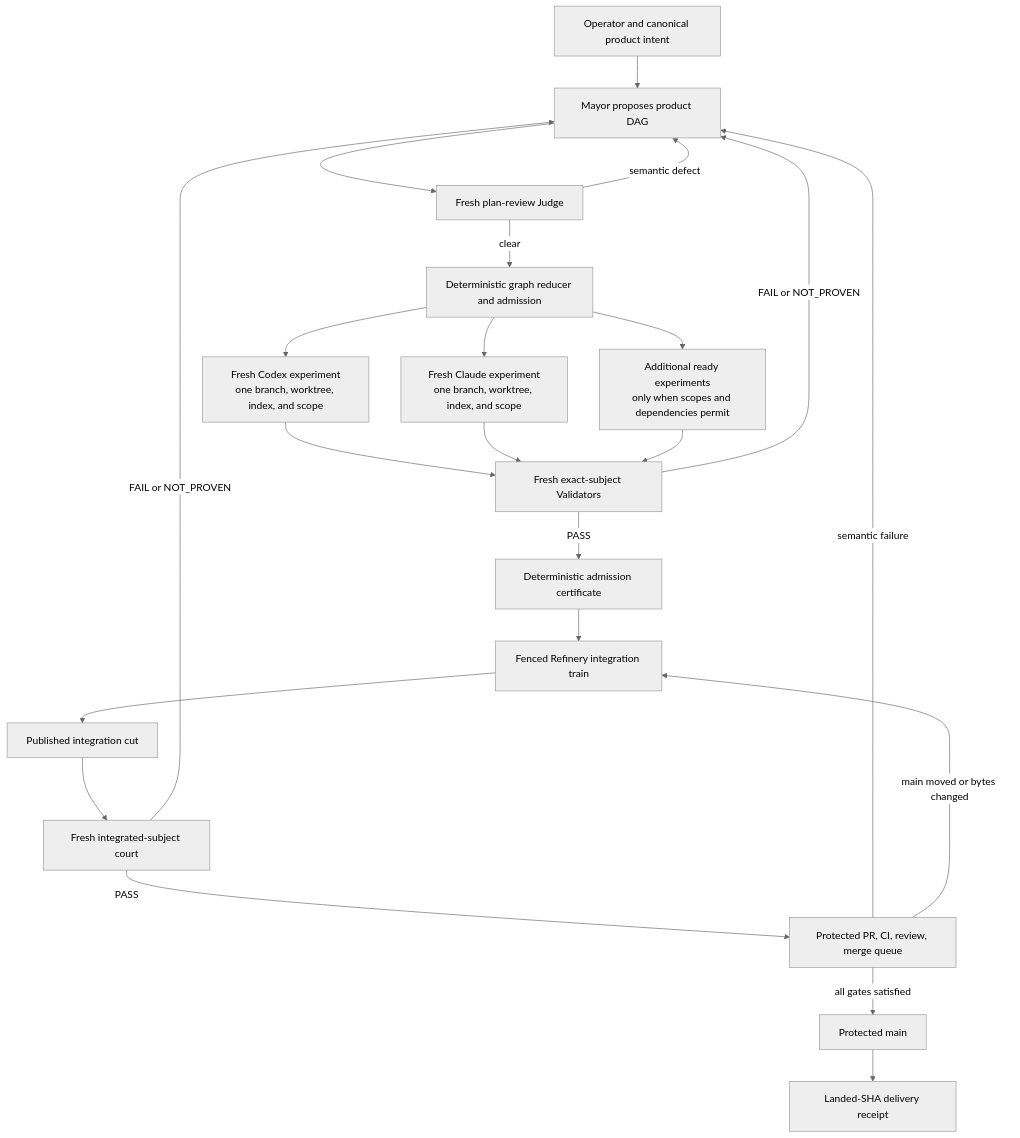
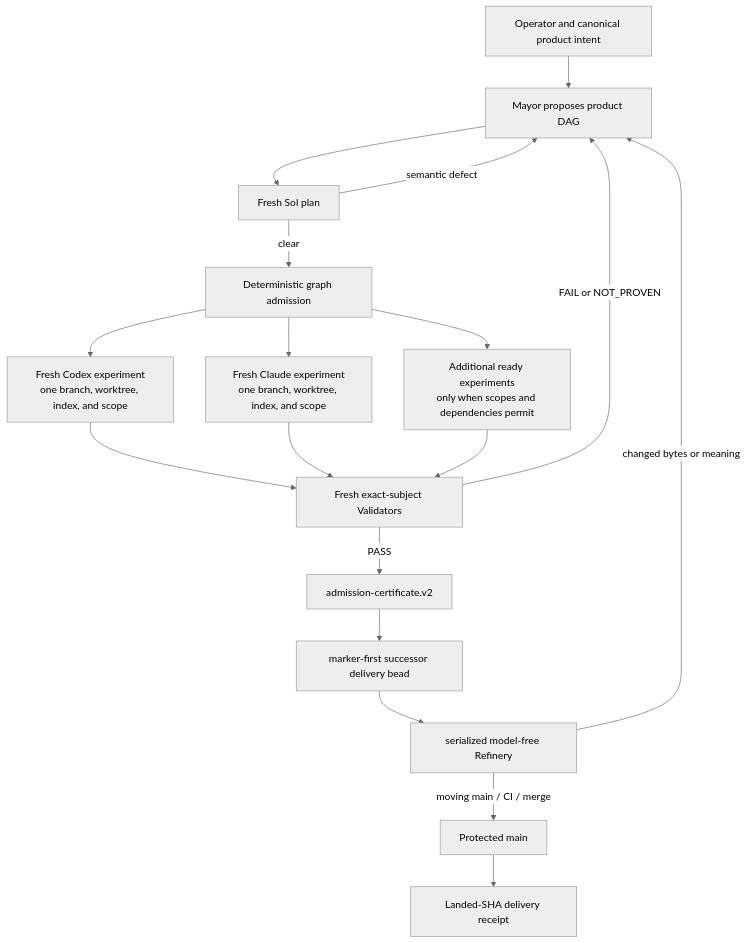
One commit to boshu2/agentops changed the diagram in docs/architecture/gas-city-factory.md. Above: the diagram before and after it, drawn with Mermaid (neutral theme). The commit also changed other lines of this file and 20 other files, not shown here.

````diff
--- a/docs/architecture/gas-city-factory.md
+++ b/docs/architecture/gas-city-factory.md
@@ -53,27 +50,23 @@
 ```mermaid
 flowchart TD
     U["Operator and canonical product intent"] --> M["Mayor proposes product DAG"]
-    M --> PJ["Fresh plan-review Judge"]
-    PJ -->|"clear"| G["Deterministic graph reducer and admission"]
+    M --> PJ["Fresh Sol plan"]
+    PJ -->|"clear"| G["Deterministic graph admission"]
     PJ -->|"semantic defect"| M
 
     G --> C1["Fresh Codex experiment<br/>one branch, worktree, index, and scope"]
     G --> C2["Fresh Claude experiment<br/>one branch, worktree, index, and scope"]
     G --> CN["Additional ready experiments<br/>only when scopes and dependencies permit"]
 
     C1 --> V["Fresh exact-subject Validators"]
     C2 --> V
     CN --> V
-    V -->|"PASS"| A["Deterministic admission certificate"]
+    V -->|"PASS"| A["admission-certificate.v2"]
     V -->|"FAIL or NOT_PROVEN"| M
 
-    A --> R["Fenced Refinery integration train"]
-    R --> I["Published integration cut"]
-    I --> IV["Fresh integrated-subject court"]
-    IV -->|"PASS"| PR["Protected PR, CI, review, merge queue"]
-    IV -->|"FAIL or NOT_PROVEN"| M
-    PR -->|"semantic failure"| M
-    PR -->|"main moved or bytes changed"| R
-    PR -->|"all gates satisfied"| MAIN["Protected main"]
+    A --> R["marker-first successor delivery bead"]
+    R --> PR["serialized model-free Refinery"]
+    PR -->|"changed bytes or meaning"| M
+    PR -->|"moving main / CI / merge"| MAIN["Protected main"]
     MAIN --> D["Landed-SHA delivery receipt"]
 ```
````
